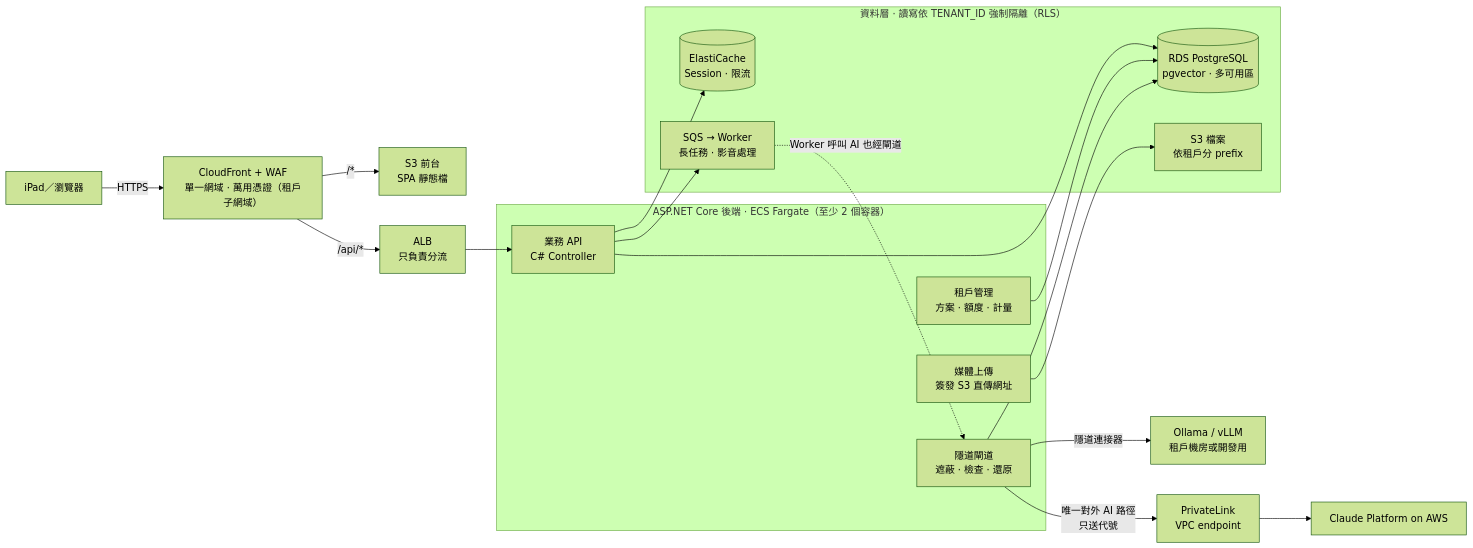
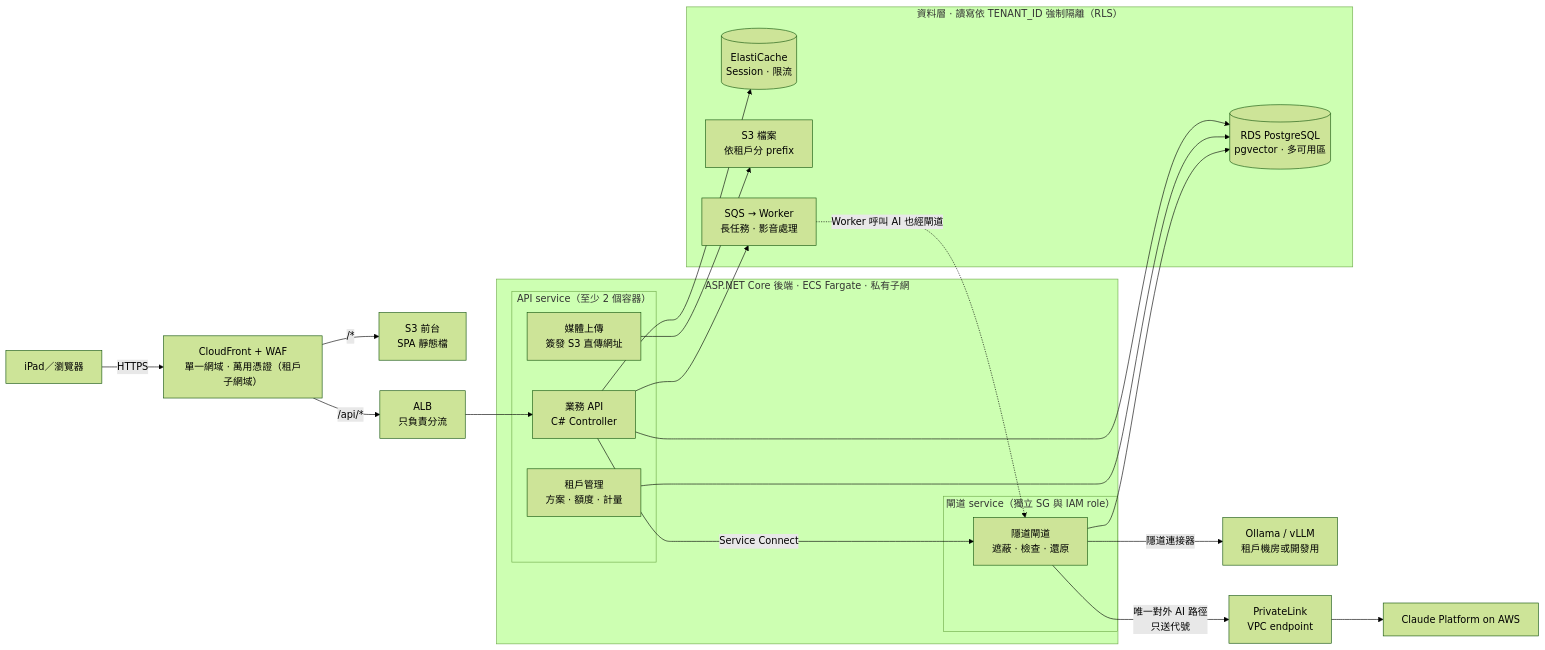
One commit to togokao/fileshare changed the diagram in Veilway2.md. Above: the diagram before and after it, drawn with Mermaid (forest theme). The commit also changed other lines of this file and 2 other files, not shown here.

Commit message:
Show Veilway gateway as a separate ECS service in docs and diagram
Update Veilway2.md (mermaid overview, component tables, egress section)
and the v2 architecture diagram (HTML and regenerated PDF) so the
Veilway Gateway is its own ECS service with a dedicated security group
and IAM role, called by the API service over Service Connect. Note
that egress control via egress proxy / Network Firewall ships in
phase 2.

Claude-Session: https://claude.ai/code/session_01VZ9miaFzrrDnvNMi1psXep

````diff
--- a/Veilway2.md
+++ b/Veilway2.md
@@ -17,28 +19,33 @@
 ```mermaid
 flowchart LR
   U[iPad／瀏覽器] -- HTTPS --> CF[CloudFront + WAF<br/>單一網域 · 萬用憑證（租戶子網域）]
   CF -- "/*" --> S3W[S3 前台<br/>SPA 靜態檔]
   CF -- "/api/*" --> ALB[ALB<br/>只負責分流]
-  subgraph BE[ASP.NET Core 後端 · ECS Fargate（至少 2 個容器）]
-    API[業務 API<br/>C# Controller]
-    TM[租戶管理<br/>方案 · 額度 · 計量]
-    MU[媒體上傳<br/>簽發 S3 直傳網址]
-    GW[隱道閘道<br/>遮蔽 · 檢查 · 還原]
+  subgraph BE[ASP.NET Core 後端 · ECS Fargate · 私有子網]
+    subgraph APISVC[API service（至少 2 個容器）]
+      API[業務 API<br/>C# Controller]
+      TM[租戶管理<br/>方案 · 額度 · 計量]
+      MU[媒體上傳<br/>簽發 S3 直傳網址]
+    end
+    subgraph GWSVC[閘道 service（獨立 SG 與 IAM role）]
+      GW[隱道閘道<br/>遮蔽 · 檢查 · 還原]
+    end
   end
   ALB --> API
+  API -- Service Connect --> GW
   subgraph DATA[資料層 · 讀寫依 TENANT_ID 強制隔離（RLS）]
     RDS[(RDS PostgreSQL<br/>pgvector · 多可用區)]
     EC[(ElastiCache<br/>Session · 限流)]
     S3F[S3 檔案<br/>依租戶分 prefix]
     SQS[SQS → Worker<br/>長任務 · 影音處理]
   end
   API --> RDS
   API --> EC
   TM --> RDS
   GW --> RDS
   MU --> S3F
   API --> SQS
   SQS -. Worker 呼叫 AI 也經閘道 .-> GW
   GW -- 唯一對外 AI 路徑<br/>只送代號 --> PL[PrivateLink<br/>VPC endpoint] --> CP[Claude Platform on AWS]
   GW -- 隱道連接器 --> OL[Ollama / vLLM<br/>租戶機房或開發用]
 ```
````
